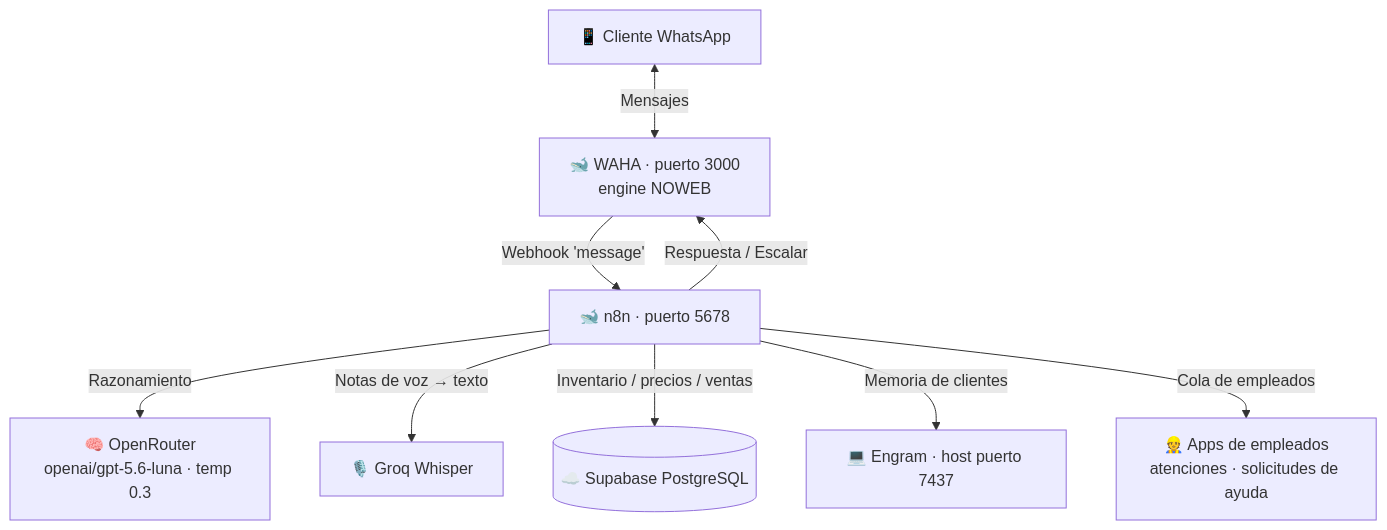
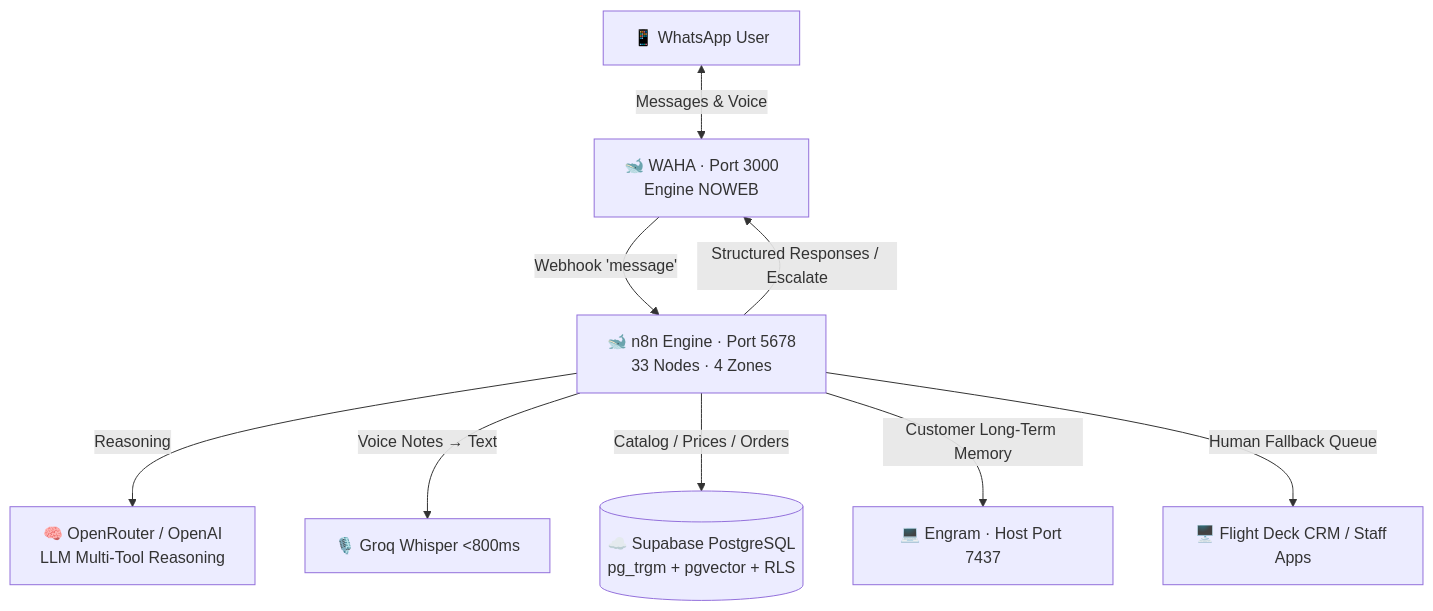
Before and after one commit to Gus2708/whatsapp-agent: the first of 2 diagrams in README.md, drawn with Mermaid. The commit also changed other lines of this file and 62 other files, not shown here.

Commit message:
feat(core): decouple store branding into white-label open-source architecture

````diff
--- a/README.md
+++ b/README.md
@@ -25,11 +19,11 @@
 ```mermaid
 graph TD
-    Client[📱 Cliente WhatsApp] <-->|Mensajes| WAHA[🐋 WAHA · puerto 3000<br/>engine NOWEB]
-    WAHA -->|Webhook 'message'| N8N[🐋 n8n · puerto 5678]
-    N8N -->|Razonamiento| Model[🧠 OpenRouter<br/>openai/gpt-5.6-luna · temp 0.3]
-    N8N -->|Notas de voz → texto| Groq[🎙️ Groq Whisper]
-    N8N -->|Inventario / precios / ventas| Supabase[(☁️ Supabase PostgreSQL)]
-    N8N -->|Memoria de clientes| Engram[💻 Engram · host puerto 7437]
-    N8N -->|Respuesta / Escalar| WAHA
-    N8N -->|Cola de empleados| Apps[👷 Apps de empleados<br/>atenciones · solicitudes de ayuda]
+    Client[📱 WhatsApp User] <-->|Messages & Voice| WAHA[🐋 WAHA · Port 3000<br/>Engine NOWEB]
+    WAHA -->|Webhook 'message'| N8N[🐋 n8n Engine · Port 5678<br/>33 Nodes · 4 Zones]
+    N8N -->|Reasoning| Model[🧠 OpenRouter / OpenAI<br/>LLM Multi-Tool Reasoning]
+    N8N -->|Voice Notes → Text| Groq[🎙️ Groq Whisper <800ms]
+    N8N -->|Catalog / Prices / Orders| Supabase[(☁️ Supabase PostgreSQL<br/>pg_trgm + pgvector + RLS)]
+    N8N -->|Customer Long-Term Memory| Engram[💻 Engram · Host Port 7437]
+    N8N -->|Structured Responses / Escalate| WAHA
+    N8N -->|Human Fallback Queue| FlightDeck[🖥️ Flight Deck CRM / Staff Apps]
 ```
````
